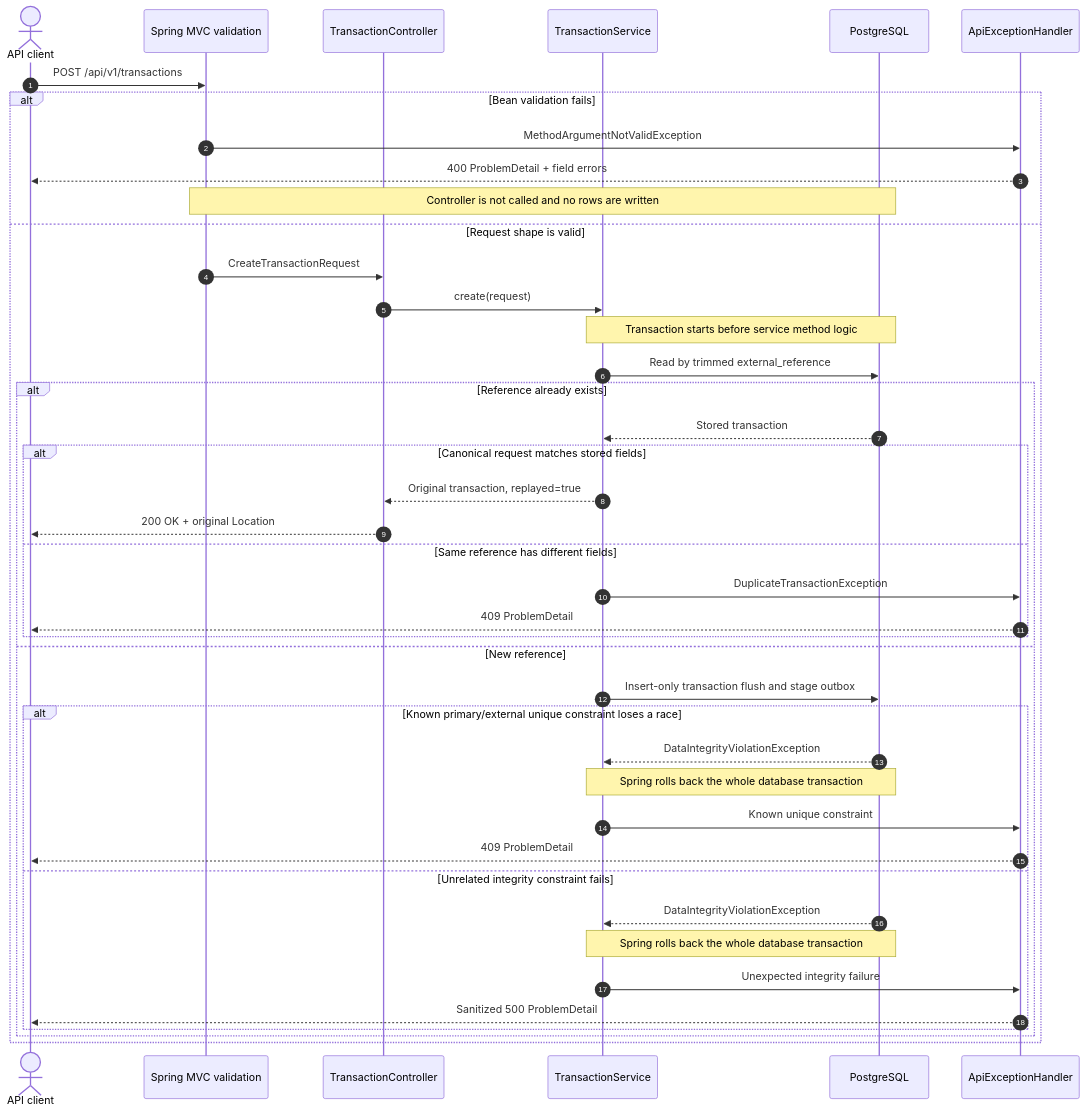
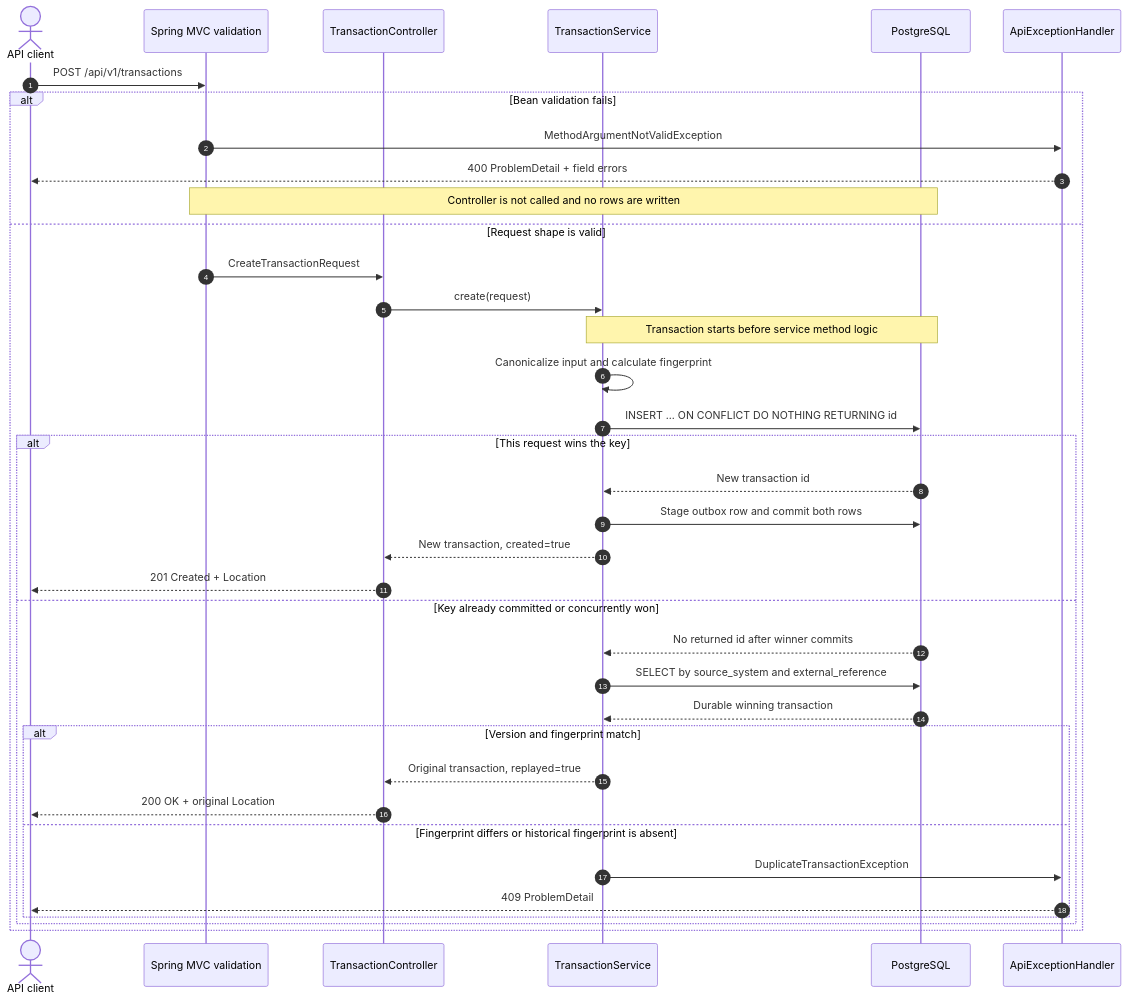
Before and after one commit to tarunngusain08/transaction-outbox-service: the second of 16 diagrams in docs/sequence-diagrams.md, drawn with Mermaid. The commit also changed other lines of this file and 9 other files, not shown here.

````diff
--- a/docs/sequence-diagrams.md
+++ b/docs/sequence-diagrams.md
@@ -48,45 +47,40 @@
 ```mermaid
 sequenceDiagram
     autonumber
     actor Client as API client
     participant MVC as Spring MVC validation
     participant Controller as TransactionController
     participant Service as TransactionService
     participant DB as PostgreSQL
     participant Handler as ApiExceptionHandler
 
     Client->>MVC: POST /api/v1/transactions
     alt Bean validation fails
         MVC->>Handler: MethodArgumentNotValidException
         Handler-->>Client: 400 ProblemDetail + field errors
         Note over MVC,DB: Controller is not called and no rows are written
     else Request shape is valid
         MVC->>Controller: CreateTransactionRequest
         Controller->>Service: create(request)
         Note over Service,DB: Transaction starts before service method logic
-        Service->>DB: Read by trimmed external_reference
-        alt Reference already exists
-            DB-->>Service: Stored transaction
-            alt Canonical request matches stored fields
+        Service->>Service: Canonicalize input and calculate fingerprint
+        Service->>DB: INSERT ... ON CONFLICT DO NOTHING RETURNING id
+        alt This request wins the key
+            DB-->>Service: New transaction id
+            Service->>DB: Stage outbox row and commit both rows
+            Service-->>Controller: New transaction, created=true
+            Controller-->>Client: 201 Created + Location
+        else Key already committed or concurrently won
+            DB-->>Service: No returned id after winner commits
+            Service->>DB: SELECT by source_system and external_reference
+            DB-->>Service: Durable winning transaction
+            alt Version and fingerprint match
                 Service-->>Controller: Original transaction, replayed=true
                 Controller-->>Client: 200 OK + original Location
-            else Same reference has different fields
+            else Fingerprint differs or historical fingerprint is absent
                 Service->>Handler: DuplicateTransactionException
                 Handler-->>Client: 409 ProblemDetail
-            end
-        else New reference
-            Service->>DB: Insert-only transaction flush and stage outbox
-            alt Known primary/external unique constraint loses a race
-                DB-->>Service: DataIntegrityViolationException
-                Note over Service,DB: Spring rolls back the whole database transaction
-                Service->>Handler: Known unique constraint
-                Handler-->>Client: 409 ProblemDetail
-            else Unrelated integrity constraint fails
-                DB-->>Service: DataIntegrityViolationException
-                Note over Service,DB: Spring rolls back the whole database transaction
-                Service->>Handler: Unexpected integrity failure
-                Handler-->>Client: Sanitized 500 ProblemDetail
             end
         end
     end
 ```
````
